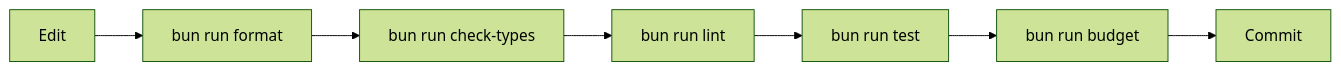
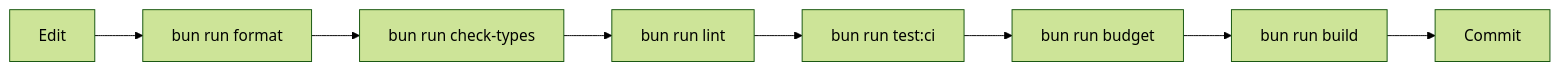
The second of 4 diagrams in docs/development.md (dotbrains/dune), drawn with Mermaid (forest theme) before and after one commit. The commit also changed other lines of this file and 4 other files, not shown here.

````diff
--- a/docs/development.md
+++ b/docs/development.md
@@ -12,9 +42,10 @@
 ```mermaid
 flowchart LR
   Edit --> Format[bun run format]
   Format --> Types[bun run check-types]
   Types --> Lint[bun run lint]
-  Lint --> Tests[bun run test]
+  Lint --> Tests[bun run test:ci]
   Tests --> Budget[bun run budget]
-  Budget --> Commit
+  Budget --> Build[bun run build]
+  Build --> Commit
 ```
````
